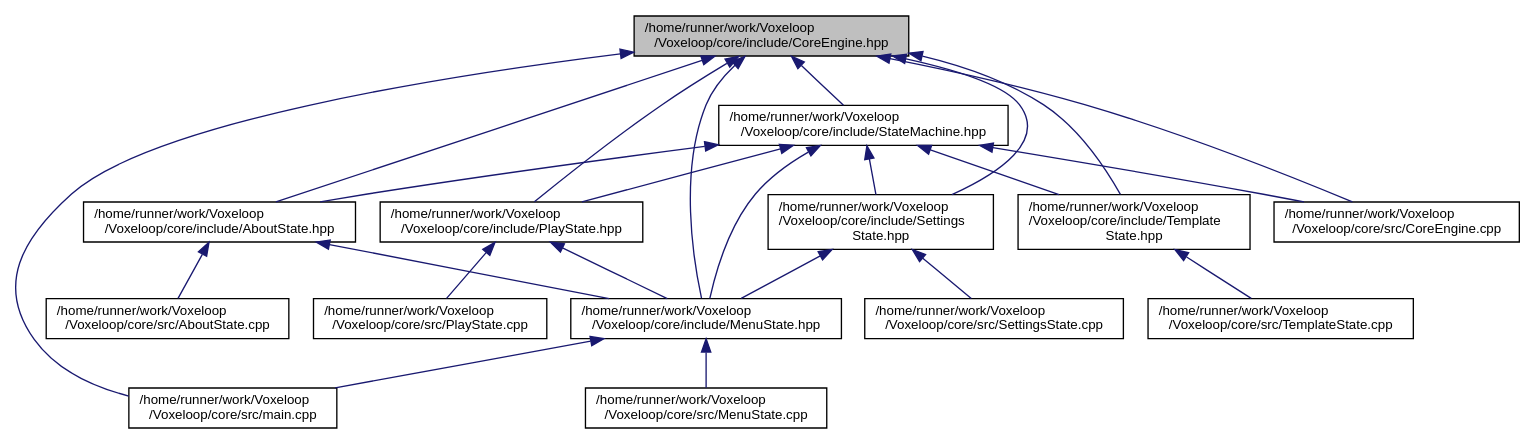
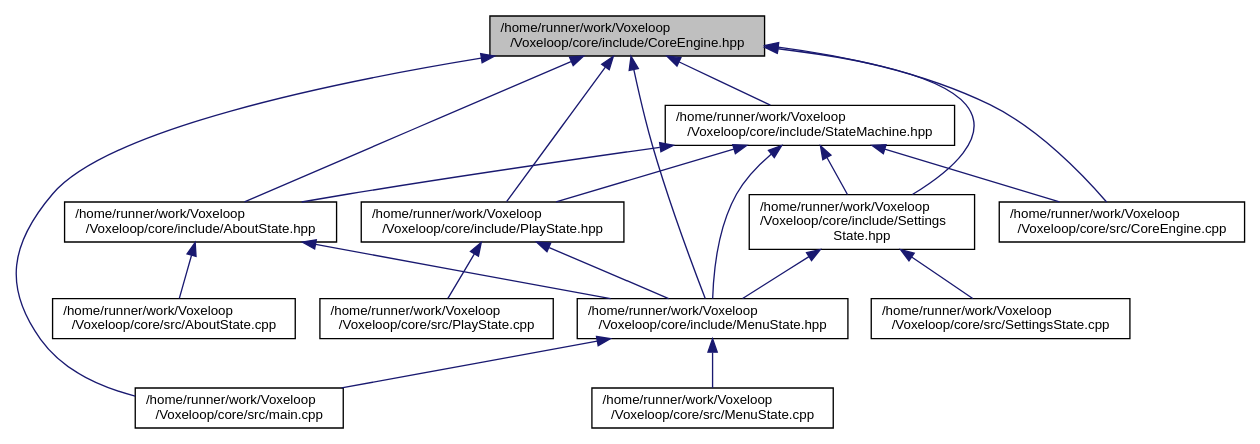
The diagram in docs/CoreEngine_8hpp__dep__incl.dot (jarp0l/Voxeloop), drawn with Graphviz before and after one commit. The commit also changed 127 other files, not shown here.

```diff
--- a/docs/CoreEngine_8hpp__dep__incl.dot
+++ b/docs/CoreEngine_8hpp__dep__incl.dot
@@ -1,44 +1,39 @@
 digraph "/home/runner/work/Voxeloop/Voxeloop/core/include/CoreEngine.hpp"
 {
  // INTERACTIVE_SVG=YES
  // LATEX_PDF_SIZE
   edge [fontname="Helvetica",fontsize="10",labelfontname="Helvetica",labelfontsize="10"];
   node [fontname="Helvetica",fontsize="10",shape=record];
   Node1 [label="/home/runner/work/Voxeloop\l/Voxeloop/core/include/CoreEngine.hpp",height=0.2,width=0.4,color="black", fillcolor="grey75", style="filled", fontcolor="black",tooltip=" "];
   Node1 -> Node2 [dir="back",color="midnightblue",fontsize="10",style="solid",fontname="Helvetica"];
   Node2 [label="/home/runner/work/Voxeloop\l/Voxeloop/core/include/AboutState.hpp",height=0.2,width=0.4,color="black", fillcolor="white", style="filled",URL="$AboutState_8hpp.html",tooltip=" "];
   Node2 -> Node3 [dir="back",color="midnightblue",fontsize="10",style="solid",fontname="Helvetica"];
   Node3 [label="/home/runner/work/Voxeloop\l/Voxeloop/core/include/MenuState.hpp",height=0.2,width=0.4,color="black", fillcolor="white", style="filled",URL="$MenuState_8hpp.html",tooltip=" "];
   Node3 -> Node4 [dir="back",color="midnightblue",fontsize="10",style="solid",fontname="Helvetica"];
   Node4 [label="/home/runner/work/Voxeloop\l/Voxeloop/core/src/main.cpp",height=0.2,width=0.4,color="black", fillcolor="white", style="filled",URL="$main_8cpp.html",tooltip=" "];
   Node3 -> Node5 [dir="back",color="midnightblue",fontsize="10",style="solid",fontname="Helvetica"];
   Node5 [label="/home/runner/work/Voxeloop\l/Voxeloop/core/src/MenuState.cpp",height=0.2,width=0.4,color="black", fillcolor="white", style="filled",URL="$MenuState_8cpp.html",tooltip=" "];
   Node2 -> Node6 [dir="back",color="midnightblue",fontsize="10",style="solid",fontname="Helvetica"];
   Node6 [label="/home/runner/work/Voxeloop\l/Voxeloop/core/src/AboutState.cpp",height=0.2,width=0.4,color="black", fillcolor="white", style="filled",URL="$AboutState_8cpp.html",tooltip=" "];
   Node1 -> Node7 [dir="back",color="midnightblue",fontsize="10",style="solid",fontname="Helvetica"];
   Node7 [label="/home/runner/work/Voxeloop\l/Voxeloop/core/include/StateMachine.hpp",height=0.2,width=0.4,color="black", fillcolor="white", style="filled",URL="$StateMachine_8hpp.html",tooltip=" "];
   Node7 -> Node2 [dir="back",color="midnightblue",fontsize="10",style="solid",fontname="Helvetica"];
   Node7 -> Node8 [dir="back",color="midnightblue",fontsize="10",style="solid",fontname="Helvetica"];
   Node8 [label="/home/runner/work/Voxeloop\l/Voxeloop/core/include/PlayState.hpp",height=0.2,width=0.4,color="black", fillcolor="white", style="filled",URL="$PlayState_8hpp.html",tooltip=" "];
   Node8 -> Node3 [dir="back",color="midnightblue",fontsize="10",style="solid",fontname="Helvetica"];
   Node8 -> Node9 [dir="back",color="midnightblue",fontsize="10",style="solid",fontname="Helvetica"];
   Node9 [label="/home/runner/work/Voxeloop\l/Voxeloop/core/src/PlayState.cpp",height=0.2,width=0.4,color="black", fillcolor="white", style="filled",URL="$PlayState_8cpp.html",tooltip=" "];
   Node7 -> Node10 [dir="back",color="midnightblue",fontsize="10",style="solid",fontname="Helvetica"];
   Node10 [label="/home/runner/work/Voxeloop\l/Voxeloop/core/include/Settings\lState.hpp",height=0.2,width=0.4,color="black", fillcolor="white", style="filled",URL="$SettingsState_8hpp.html",tooltip=" "];
   Node10 -> Node3 [dir="back",color="midnightblue",fontsize="10",style="solid",fontname="Helvetica"];
   Node10 -> Node11 [dir="back",color="midnightblue",fontsize="10",style="solid",fontname="Helvetica"];
   Node11 [label="/home/runner/work/Voxeloop\l/Voxeloop/core/src/SettingsState.cpp",height=0.2,width=0.4,color="black", fillcolor="white", style="filled",URL="$SettingsState_8cpp.html",tooltip=" "];
   Node7 -> Node3 [dir="back",color="midnightblue",fontsize="10",style="solid",fontname="Helvetica"];
   Node7 -> Node12 [dir="back",color="midnightblue",fontsize="10",style="solid",fontname="Helvetica"];
-  Node12 [label="/home/runner/work/Voxeloop\l/Voxeloop/core/include/Template\lState.hpp",height=0.2,width=0.4,color="black", fillcolor="white", style="filled",URL="$TemplateState_8hpp.html",tooltip=" "];
-  Node12 -> Node13 [dir="back",color="midnightblue",fontsize="10",style="solid",fontname="Helvetica"];
-  Node13 [label="/home/runner/work/Voxeloop\l/Voxeloop/core/src/TemplateState.cpp",height=0.2,width=0.4,color="black", fillcolor="white", style="filled",URL="$TemplateState_8cpp.html",tooltip=" "];
-  Node7 -> Node14 [dir="back",color="midnightblue",fontsize="10",style="solid",fontname="Helvetica"];
-  Node14 [label="/home/runner/work/Voxeloop\l/Voxeloop/core/src/CoreEngine.cpp",height=0.2,width=0.4,color="black", fillcolor="white", style="filled",URL="$CoreEngine_8cpp.html",tooltip=" "];
+  Node12 [label="/home/runner/work/Voxeloop\l/Voxeloop/core/src/CoreEngine.cpp",height=0.2,width=0.4,color="black", fillcolor="white", style="filled",URL="$CoreEngine_8cpp.html",tooltip=" "];
   Node1 -> Node3 [dir="back",color="midnightblue",fontsize="10",style="solid",fontname="Helvetica"];
   Node1 -> Node8 [dir="back",color="midnightblue",fontsize="10",style="solid",fontname="Helvetica"];
   Node1 -> Node10 [dir="back",color="midnightblue",fontsize="10",style="solid",fontname="Helvetica"];
   Node1 -> Node12 [dir="back",color="midnightblue",fontsize="10",style="solid",fontname="Helvetica"];
-  Node1 -> Node14 [dir="back",color="midnightblue",fontsize="10",style="solid",fontname="Helvetica"];
   Node1 -> Node4 [dir="back",color="midnightblue",fontsize="10",style="solid",fontname="Helvetica"];
 }
```
